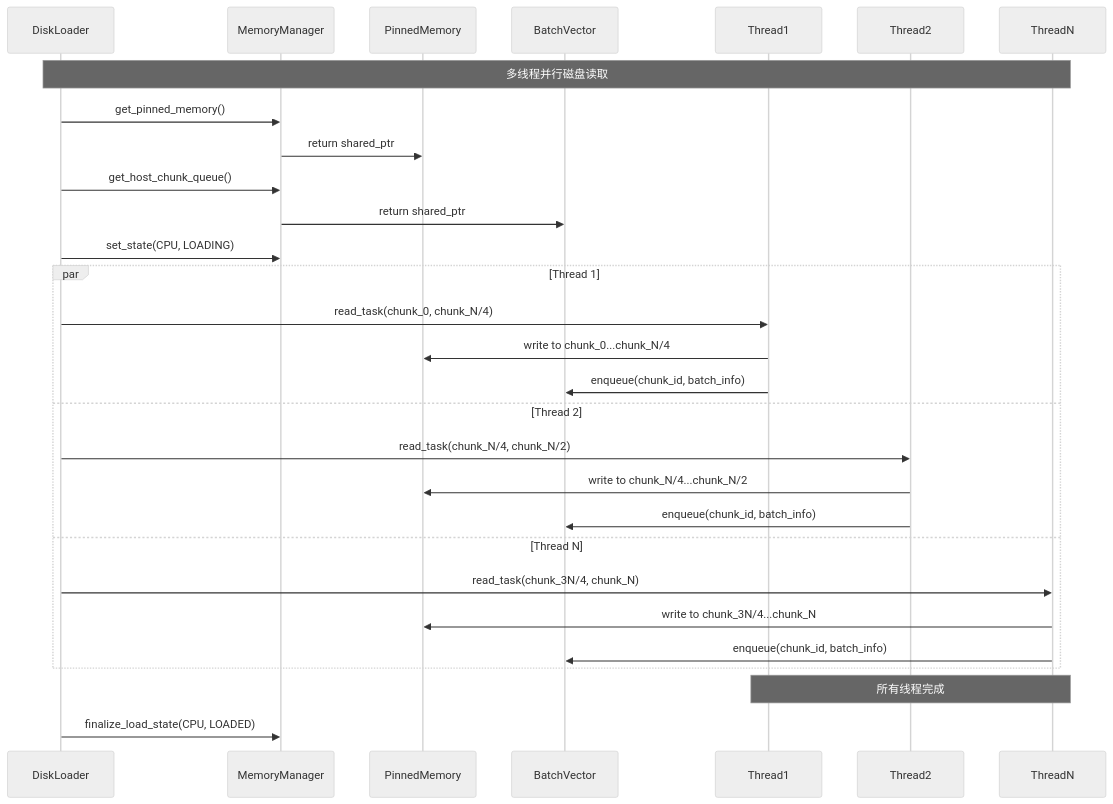
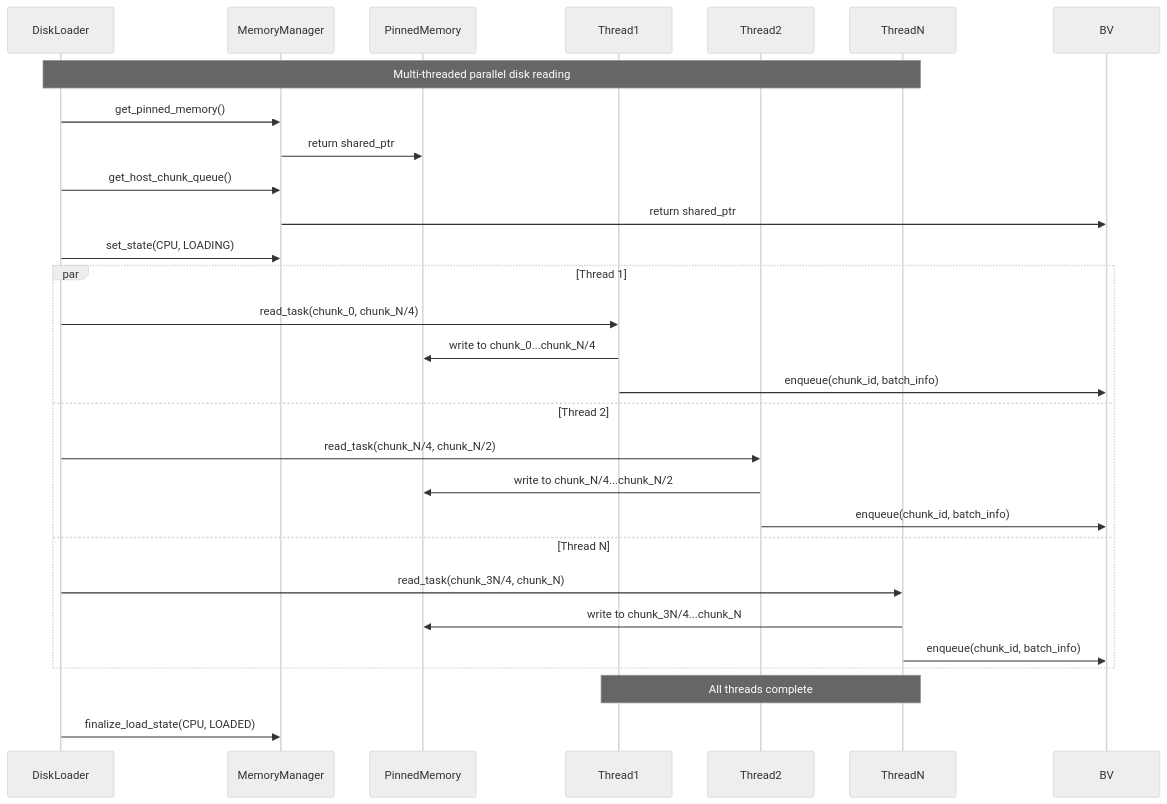
One commit to tensorcast-ai/tensorcast changed the eighth of 16 diagrams in web-docs/docs/developer-guides/core/store/architecture.md. Above: the diagram before and after it, drawn with Mermaid (neutral theme). The commit also changed other lines of this file and 66 other files, not shown here.

````diff
--- a/web-docs/docs/developer-guides/core/store/architecture.md
+++ b/web-docs/docs/developer-guides/core/store/architecture.md
@@ -294,36 +386,35 @@
 ```mermaid
 sequenceDiagram
     participant DL as DiskLoader
     participant MM as MemoryManager
     participant PM as PinnedMemory
-    participant BV as BatchVector
     participant T1 as Thread1
     participant T2 as Thread2
     participant TN as ThreadN
 
-    Note over DL,TN: 多线程并行磁盘读取
+    Note over DL,TN: Multi-threaded parallel disk reading
 
     DL->>MM: get_pinned_memory()
     MM->>PM: return shared_ptr
     DL->>MM: get_host_chunk_queue()
     MM->>BV: return shared_ptr
 
     DL->>MM: set_state(CPU, LOADING)
 
     par Thread 1
         DL->>T1: read_task(chunk_0, chunk_N/4)
         T1->>PM: write to chunk_0...chunk_N/4
         T1->>BV: enqueue(chunk_id, batch_info)
     and Thread 2
         DL->>T2: read_task(chunk_N/4, chunk_N/2)
         T2->>PM: write to chunk_N/4...chunk_N/2
         T2->>BV: enqueue(chunk_id, batch_info)
     and Thread N
         DL->>TN: read_task(chunk_3N/4, chunk_N)
         TN->>PM: write to chunk_3N/4...chunk_N
         TN->>BV: enqueue(chunk_id, batch_info)
     end
 
-    Note over T1,TN: 所有线程完成
+    Note over T1,TN: All threads complete
     DL->>MM: finalize_load_state(CPU, LOADED)
 ```
````
